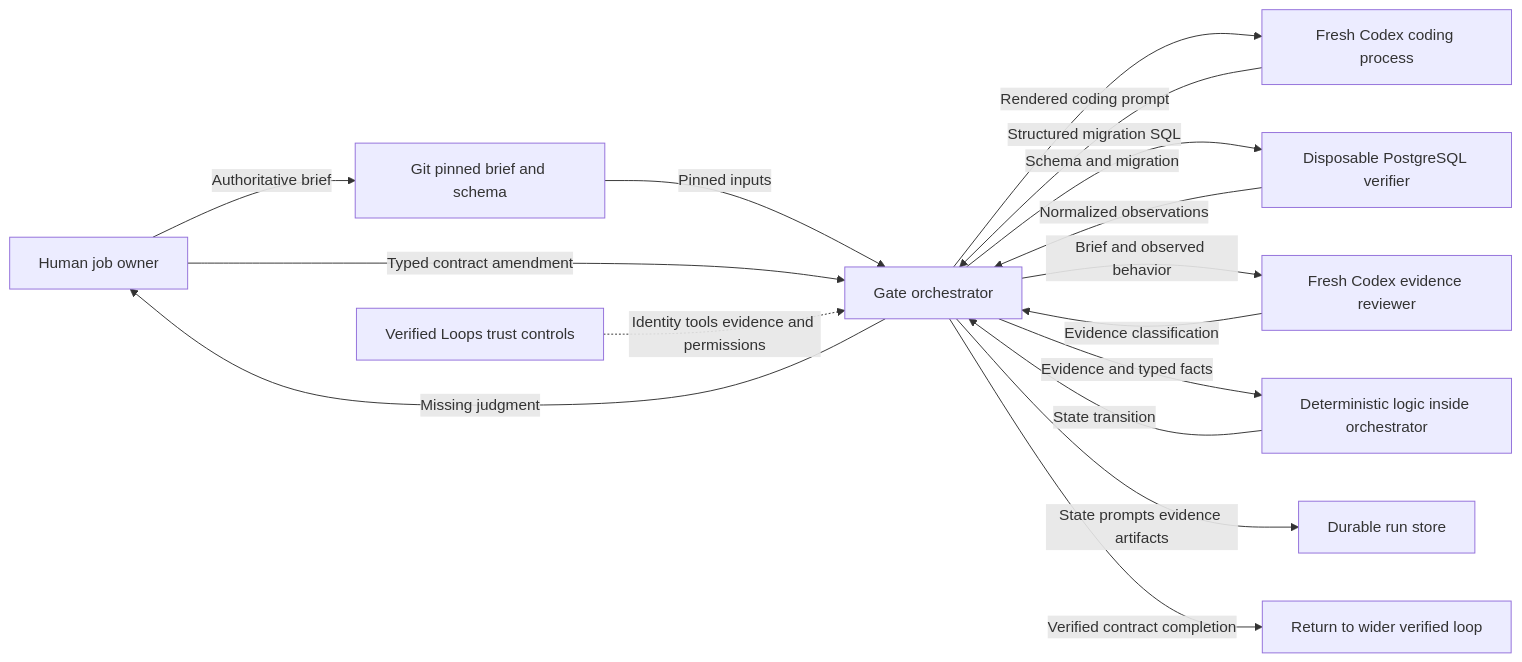
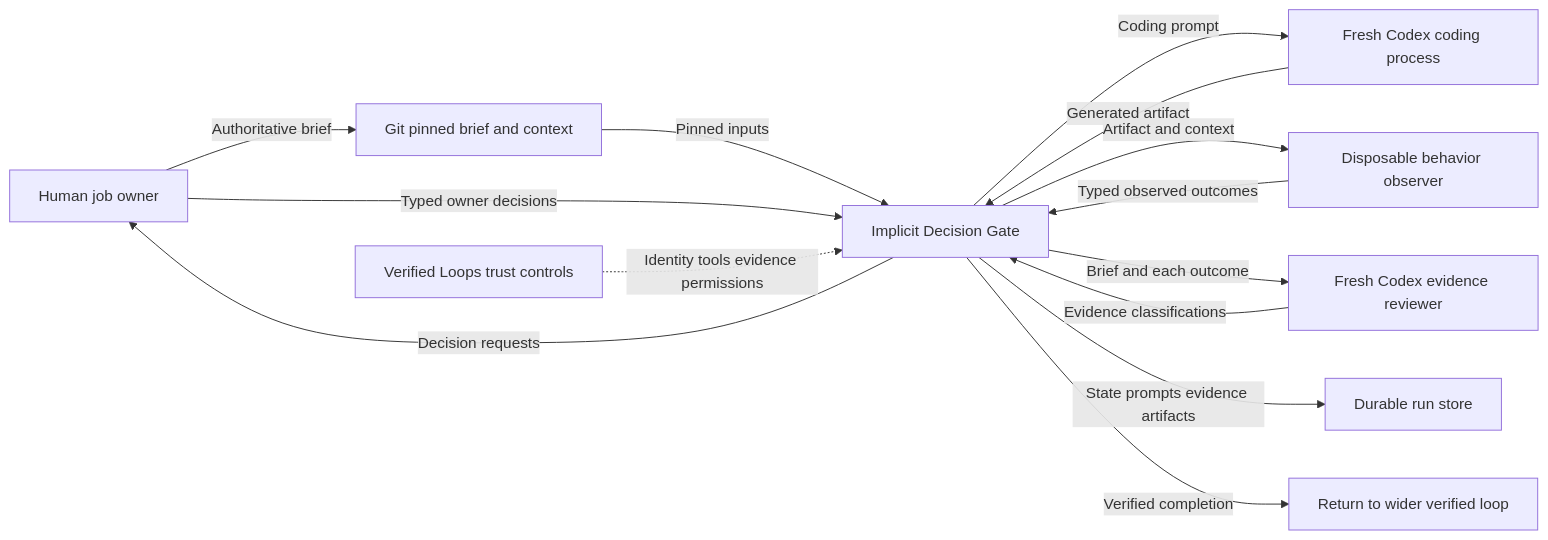
Before and after one commit to genesobolev/implicit-decision-gate: the diagram in notebooks/assets/diagrams/system_context.mmd, drawn with Mermaid. The commit also changed 7 other files, not shown here.

Commit message:
Focus walkthrough on decision gate value

```diff
--- a/notebooks/assets/diagrams/system_context.mmd
+++ b/notebooks/assets/diagrams/system_context.mmd
@@ -1,27 +1,24 @@
 flowchart LR
     owner[Human job owner]
-    git[Git pinned brief and schema]
-    orchestrator[Gate orchestrator]
+    git[Git pinned brief and context]
+    orchestrator[Implicit Decision Gate]
     coder[Fresh Codex coding process]
-    postgres[Disposable PostgreSQL verifier]
+    observer[Disposable behavior observer]
     reviewer[Fresh Codex evidence reviewer]
-    gate[Deterministic logic inside orchestrator]
     store[Durable run store]
     verified[Return to wider verified loop]
     trust[Verified Loops trust controls]
 
     owner -->|Authoritative brief| git
     git -->|Pinned inputs| orchestrator
-    orchestrator -->|Rendered coding prompt| coder
-    coder -->|Structured migration SQL| orchestrator
-    orchestrator -->|Schema and migration| postgres
-    postgres -->|Normalized observations| orchestrator
-    orchestrator -->|Brief and observed behavior| reviewer
-    reviewer -->|Evidence classification| orchestrator
-    orchestrator -->|Evidence and typed facts| gate
-    gate -->|State transition| orchestrator
+    orchestrator -->|Coding prompt| coder
+    coder -->|Generated artifact| orchestrator
+    orchestrator -->|Artifact and context| observer
+    observer -->|Typed observed outcomes| orchestrator
+    orchestrator -->|Brief and each outcome| reviewer
+    reviewer -->|Evidence classifications| orchestrator
+    orchestrator -->|Decision requests| owner
+    owner -->|Typed owner decisions| orchestrator
     orchestrator -->|State prompts evidence artifacts| store
-    orchestrator -->|Missing judgment| owner
-    owner -->|Typed contract amendment| orchestrator
-    orchestrator -->|Verified contract completion| verified
-    trust -.->|Identity tools evidence and permissions| orchestrator
+    orchestrator -->|Verified completion| verified
+    trust -.->|Identity tools evidence permissions| orchestrator
```
